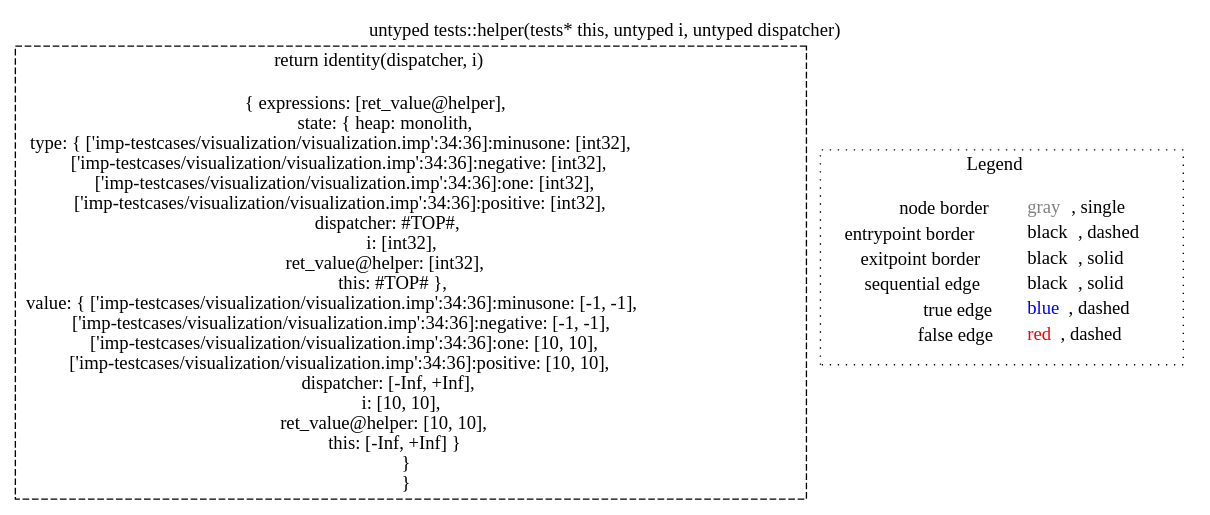
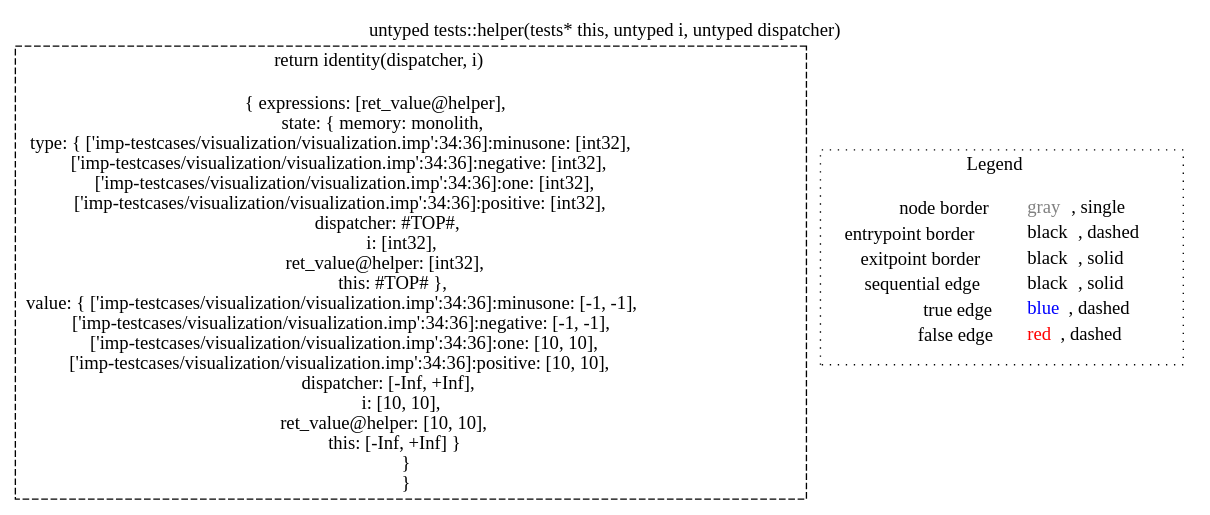
The diagram in lisa/lisa-analyses/imp-testcases/visualization/dot/untyped_tests.helper(tests__this,_untyped_i,_untyped_dispatcher)_-1778625864.dot (lisa-analyzer/lisa), drawn with Graphviz before and after one commit. The commit also changed 930 other files, not shown here.

Commit message:
Rename heap to memory #127

```diff
--- a/lisa/lisa-analyses/imp-testcases/visualization/dot/untyped_tests.helper(tests__this,_untyped_i,_untyped_dispatcher)_-1778625864.dot
+++ b/lisa/lisa-analyses/imp-testcases/visualization/dot/untyped_tests.helper(tests__this,_untyped_i,_untyped_dispatcher)_-1778625864.dot
@@ -1,10 +1,10 @@
 digraph "untyped tests::helper(tests* this, untyped i, untyped dispatcher)" {
 edge ["dir"="forward"]
 graph ["label"="untyped tests::helper(tests* this, untyped i, untyped dispatcher)","labelloc"="t"]
-"node0" ["label"=<return identity(dispatcher, i)<br/><br/>{ expressions: [ret_value@helper],<br/>state: { heap: monolith,<br/>type: { ['imp-testcases/visualization/visualization.imp':34:36]:minusone: [int32],<br/>['imp-testcases/visualization/visualization.imp':34:36]:negative: [int32],<br/>['imp-testcases/visualization/visualization.imp':34:36]:one: [int32],<br/>['imp-testcases/visualization/visualization.imp':34:36]:positive: [int32],<br/>dispatcher: #TOP#,<br/>i: [int32],<br/>ret_value@helper: [int32],<br/>this: #TOP# },<br/>value: { ['imp-testcases/visualization/visualization.imp':34:36]:minusone: [-1, -1],<br/>['imp-testcases/visualization/visualization.imp':34:36]:negative: [-1, -1],<br/>['imp-testcases/visualization/visualization.imp':34:36]:one: [10, 10],<br/>['imp-testcases/visualization/visualization.imp':34:36]:positive: [10, 10],<br/>dispatcher: [-Inf, +Inf],<br/>i: [10, 10],<br/>ret_value@helper: [10, 10],<br/>this: [-Inf, +Inf] }<br/> }<br/> }<br/>>,"shape"="rect","id"="node0","color"="black","style"="dashed"]
+"node0" ["label"=<return identity(dispatcher, i)<br/><br/>{ expressions: [ret_value@helper],<br/>state: { memory: monolith,<br/>type: { ['imp-testcases/visualization/visualization.imp':34:36]:minusone: [int32],<br/>['imp-testcases/visualization/visualization.imp':34:36]:negative: [int32],<br/>['imp-testcases/visualization/visualization.imp':34:36]:one: [int32],<br/>['imp-testcases/visualization/visualization.imp':34:36]:positive: [int32],<br/>dispatcher: #TOP#,<br/>i: [int32],<br/>ret_value@helper: [int32],<br/>this: #TOP# },<br/>value: { ['imp-testcases/visualization/visualization.imp':34:36]:minusone: [-1, -1],<br/>['imp-testcases/visualization/visualization.imp':34:36]:negative: [-1, -1],<br/>['imp-testcases/visualization/visualization.imp':34:36]:one: [10, 10],<br/>['imp-testcases/visualization/visualization.imp':34:36]:positive: [10, 10],<br/>dispatcher: [-Inf, +Inf],<br/>i: [10, 10],<br/>ret_value@helper: [10, 10],<br/>this: [-Inf, +Inf] }<br/> }<br/> }<br/>>,"shape"="rect","id"="node0","color"="black","style"="dashed"]
 subgraph "cluster_legend" {
 edge ["dir"="none"]
 graph ["label"=<Legend>,"style"="dotted"]
 "legend" ["label"=<<table border="0" cellpadding="2" cellspacing="0" cellborder="0"><tr><td align="right">node border&nbsp;</td><td align="left"><font color="gray">gray</font>, single</td></tr><tr><td align="right">entrypoint border&nbsp;</td><td align="left"><font color="black">black</font>, dashed</td></tr><tr><td align="right">exitpoint border&nbsp;</td><td align="left"><font color="black">black</font>, solid</td></tr><tr><td align="right">sequential edge&nbsp;</td><td align="left"><font color="black">black</font>, solid</td></tr><tr><td align="right">true edge&nbsp;</td><td align="left"><font color="blue">blue</font>, dashed</td></tr><tr><td align="right">false edge&nbsp;</td><td align="left"><font color="red">red</font>, dashed</td></tr></table>>,"shape"="none"]
 }
 }
```
